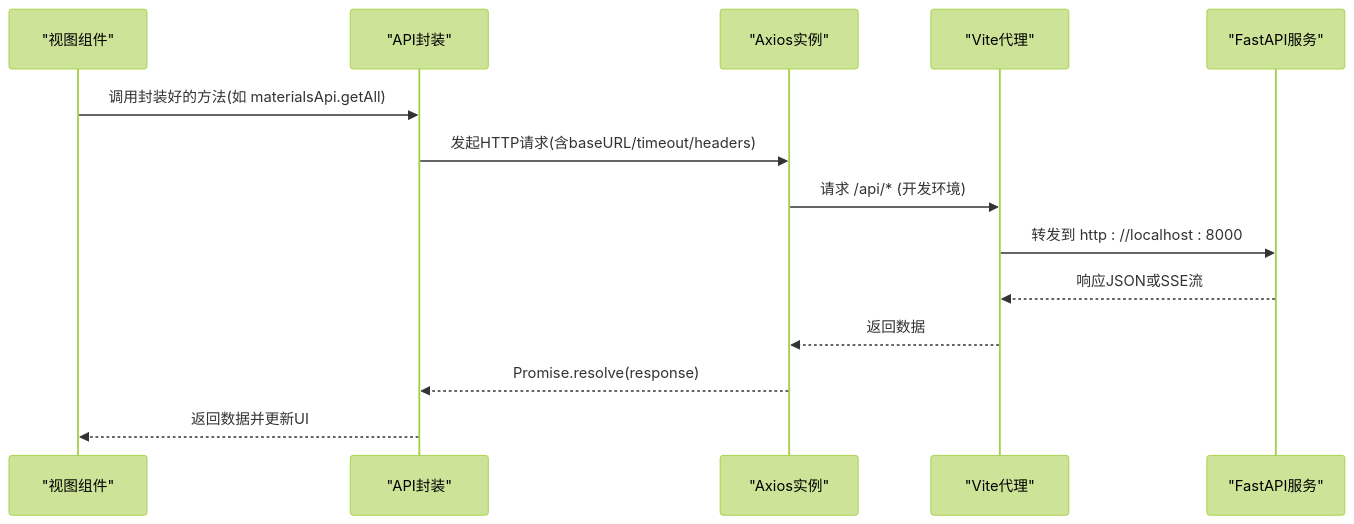
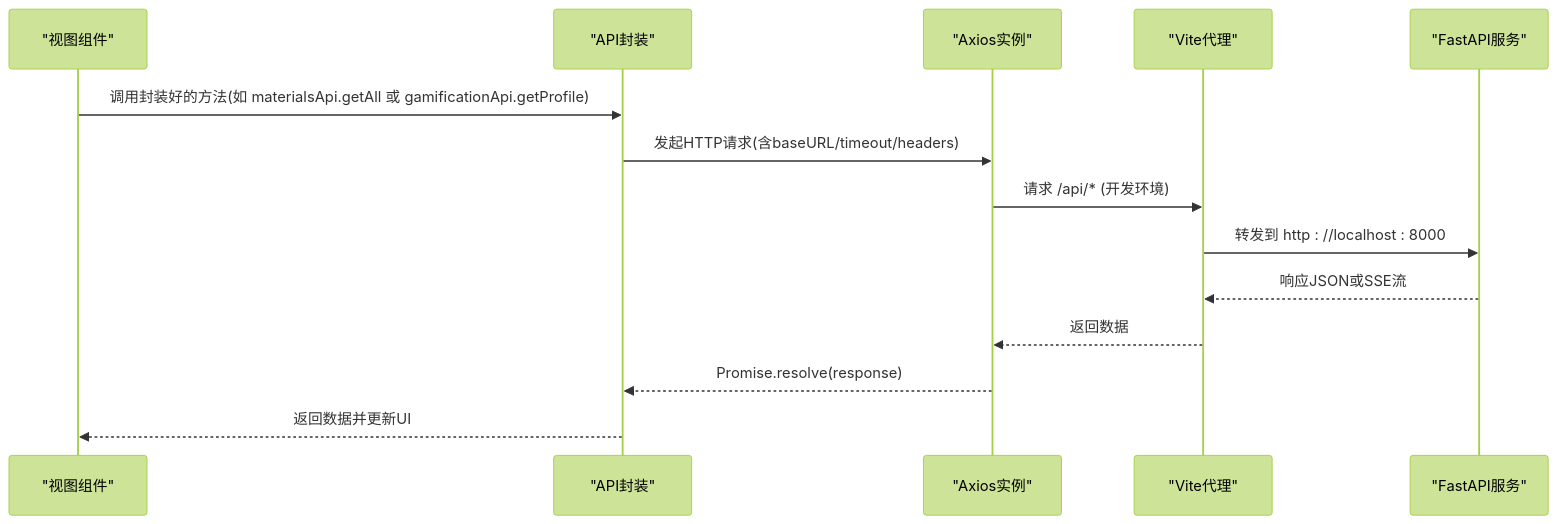
The second of 4 diagrams in .qoder/repowiki/zh/content/前端应用架构/API客户端.md (zhiwenli-jack/personal-learning-manager), drawn with Mermaid (forest theme) before and after one commit. The commit also changed other lines of this file and 20 other files, not shown here.

````diff
--- a/.qoder/repowiki/zh/content/前端应用架构/API客户端.md
+++ b/.qoder/repowiki/zh/content/前端应用架构/API客户端.md
@@ -91,16 +107,16 @@
 ```mermaid
 sequenceDiagram
 participant View as "视图组件"
 participant API as "API封装"
 participant Axios as "Axios实例"
 participant Proxy as "Vite代理"
 participant Backend as "FastAPI服务"
-View->>API : 调用封装好的方法(如 materialsApi.getAll)
+View->>API : 调用封装好的方法(如 materialsApi.getAll 或 gamificationApi.getProfile)
 API->>Axios : 发起HTTP请求(含baseURL/timeout/headers)
 Axios->>Proxy : 请求 /api/* (开发环境)
 Proxy->>Backend : 转发到 http : //localhost : 8000
 Backend-->>Proxy : 响应JSON或SSE流
 Proxy-->>Axios : 返回数据
 Axios-->>API : Promise.resolve(response)
 API-->>View : 返回数据并更新UI
 ```
````
